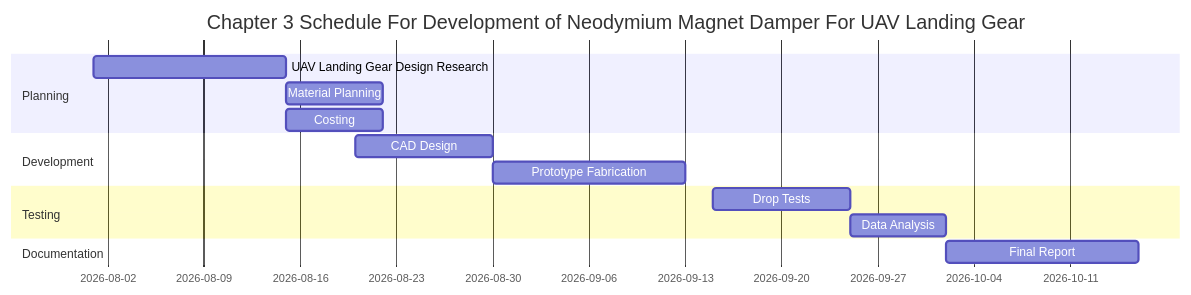
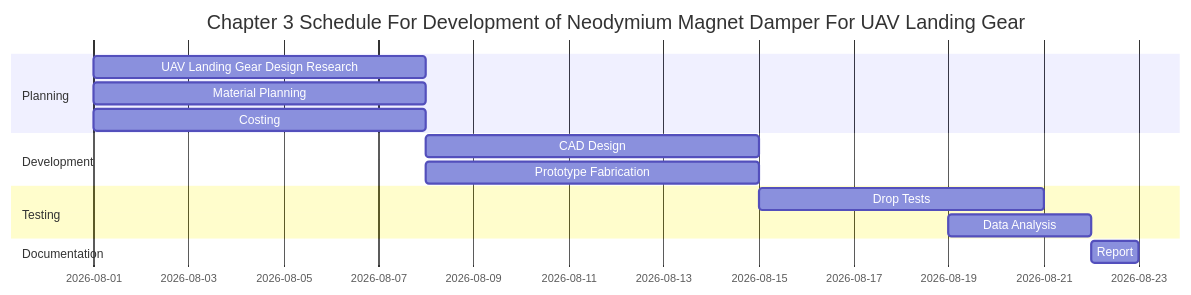
One commit to mdy-aap/AE-416-Research changed the diagram in Group 6/ganttchart.md. Above: the diagram before and after it, drawn with Mermaid.

Commit message:
ganttchart.md Group 6

````diff
--- a/Group 6/ganttchart.md
+++ b/Group 6/ganttchart.md
@@ -1,21 +1,21 @@
 ```mermaid
 gantt
     title Chapter 3 Schedule For Development of Neodymium Magnet Damper For UAV Landing Gear
-    dateFormat  YYYY-MM-DD
+    dateFormat MM-DD
 
     section Planning
-    UAV Landing Gear Design Research     :a1, 2026-08-01, 14d
-    Material Planning                    :a2, after a1, 7d
-    Costing                              :a2, after a1, 7d
+    UAV Landing Gear Design Research     :a1, 08-01, 7d
+    Material Planning                    :a1, 08-01, 7d
+    Costing                              :a1, 08-01, 7d
 
     section Development
-    CAD Design                           :b1, 2026-08-20, 10d
-    Prototype Fabrication                :b2, after b1, 14d
+    CAD Design                           :b1, 08-08, 7d
+    Prototype Fabrication                :b2, 08-08, 7d
 
     section Testing
-    Drop Tests                           :c1, 2026-09-15, 10d
-    Data Analysis                        :c2, after c1, 7d
+    Drop Tests                           :c1, 08-15, 6d
+    Data Analysis                        :c2, 08-19, 3d
 
     section Documentation
-    Final Report                         :d1, after c2, 14d
+    Report                               :d1, 08-22, 1d
 ```
````
